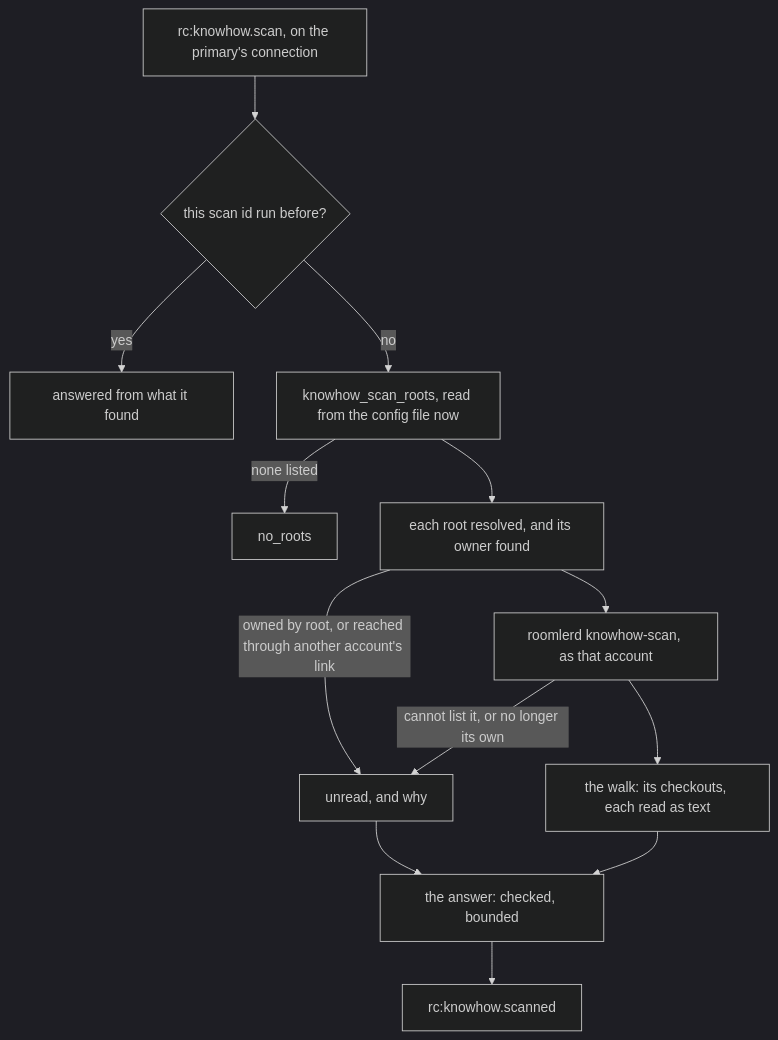
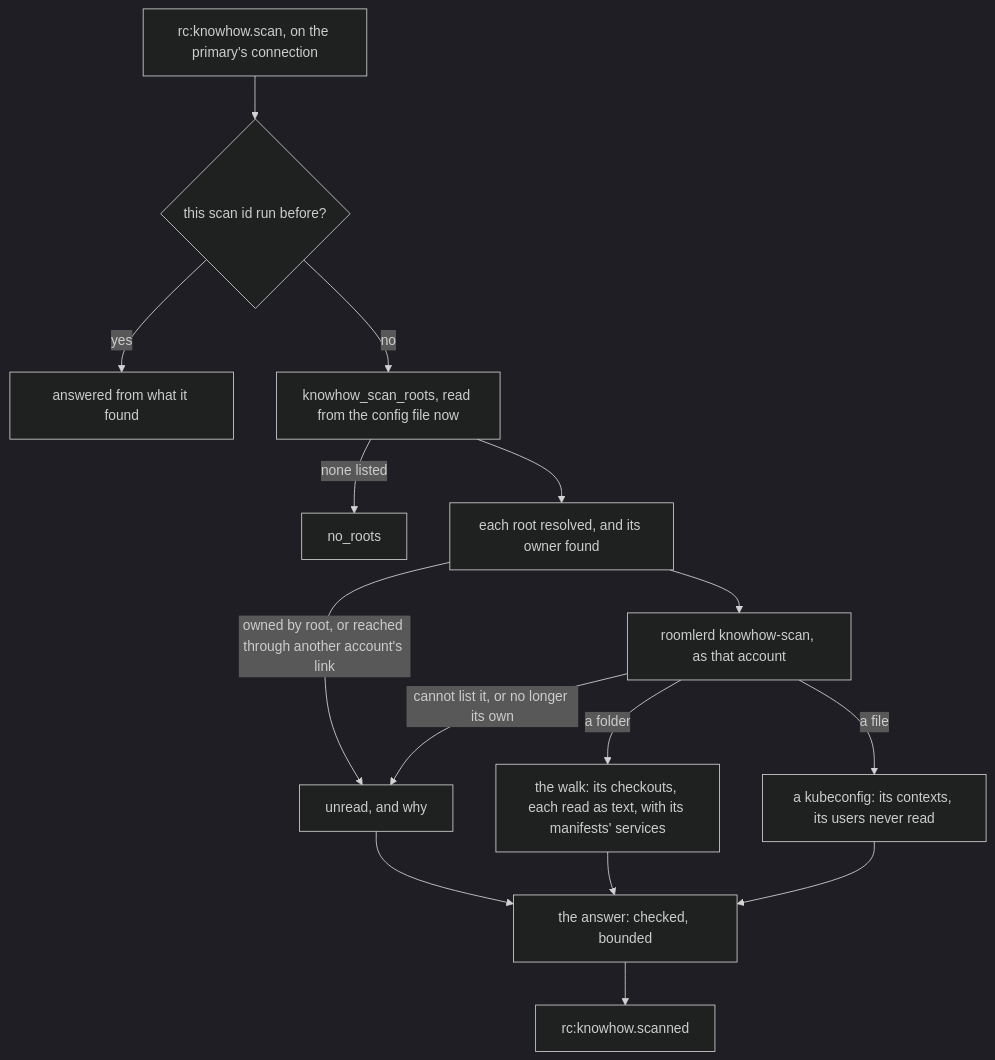
Before and after one commit to gjovanov/roomler-ai: the ninth of 9 diagrams in docs/knowhow.md, drawn with Mermaid (dark theme). The commit also changed other lines of this file and 18 other files, not shown here.

````diff
--- a/docs/knowhow.md
+++ b/docs/knowhow.md
@@ -598,15 +600,17 @@
 ```mermaid
 flowchart TD
     F["rc:knowhow.scan, on the primary's connection"] --> O{"this scan id run before?"}
     O -- "yes" --> AGAIN["answered from what it found"]
     O -- "no" --> C["knowhow_scan_roots, read from the config file now"]
     C -- "none listed" --> NR["no_roots"]
     C --> R["each root resolved, and its owner found"]
     R -- "owned by root, or reached through another account's link" --> U["unread, and why"]
     R --> K["roomlerd knowhow-scan, as that account"]
     K -- "cannot list it, or no longer its own" --> U
-    K --> W["the walk: its checkouts, each read as text"]
+    K -- "a folder" --> W["the walk: its checkouts, each read as text, with its manifests' services"]
+    K -- "a file" --> KC["a kubeconfig: its contexts, its users never read"]
     W --> A["the answer: checked, bounded"]
+    KC --> A
     U --> A
     A --> S["rc:knowhow.scanned"]
 ```
````
